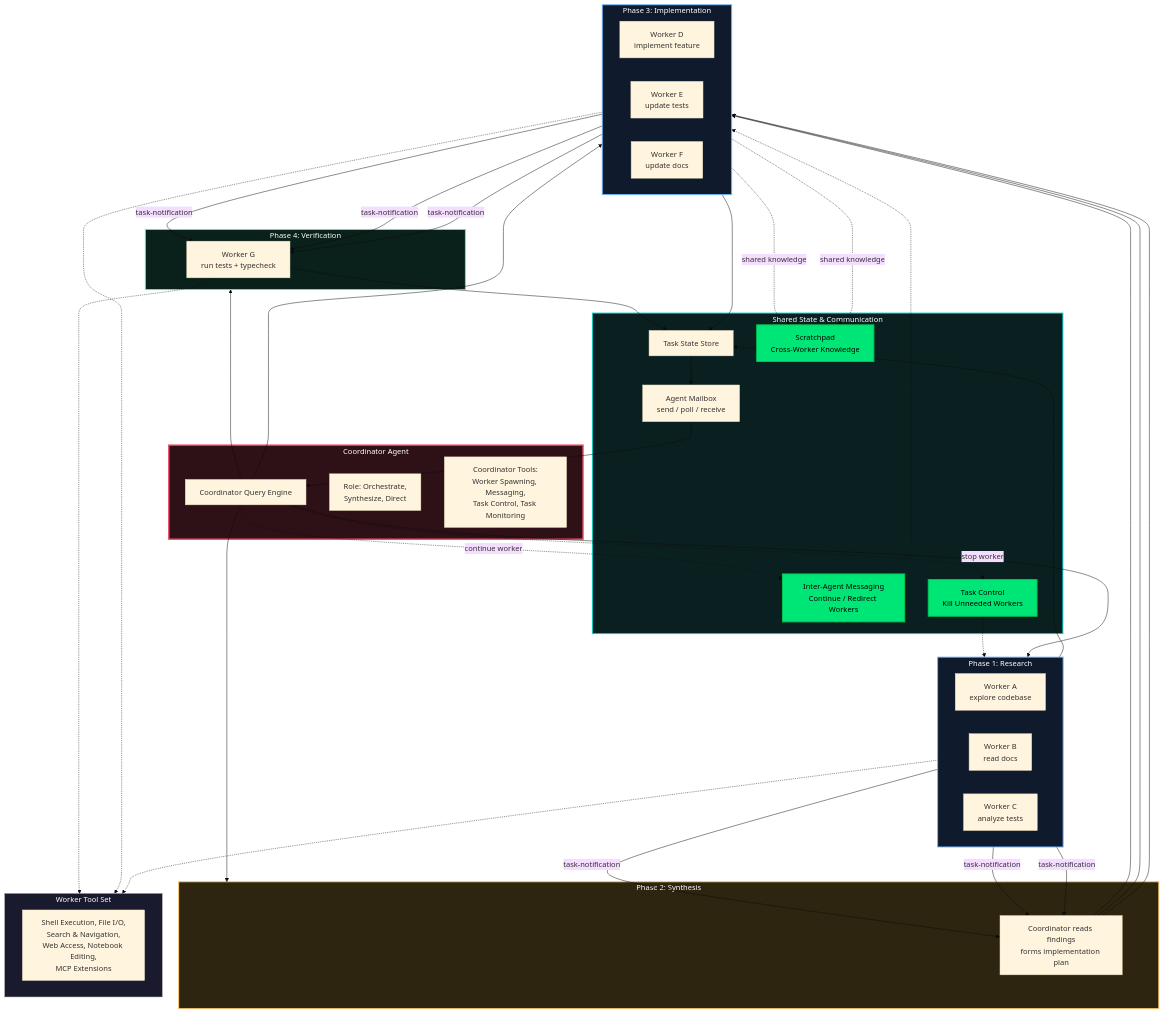
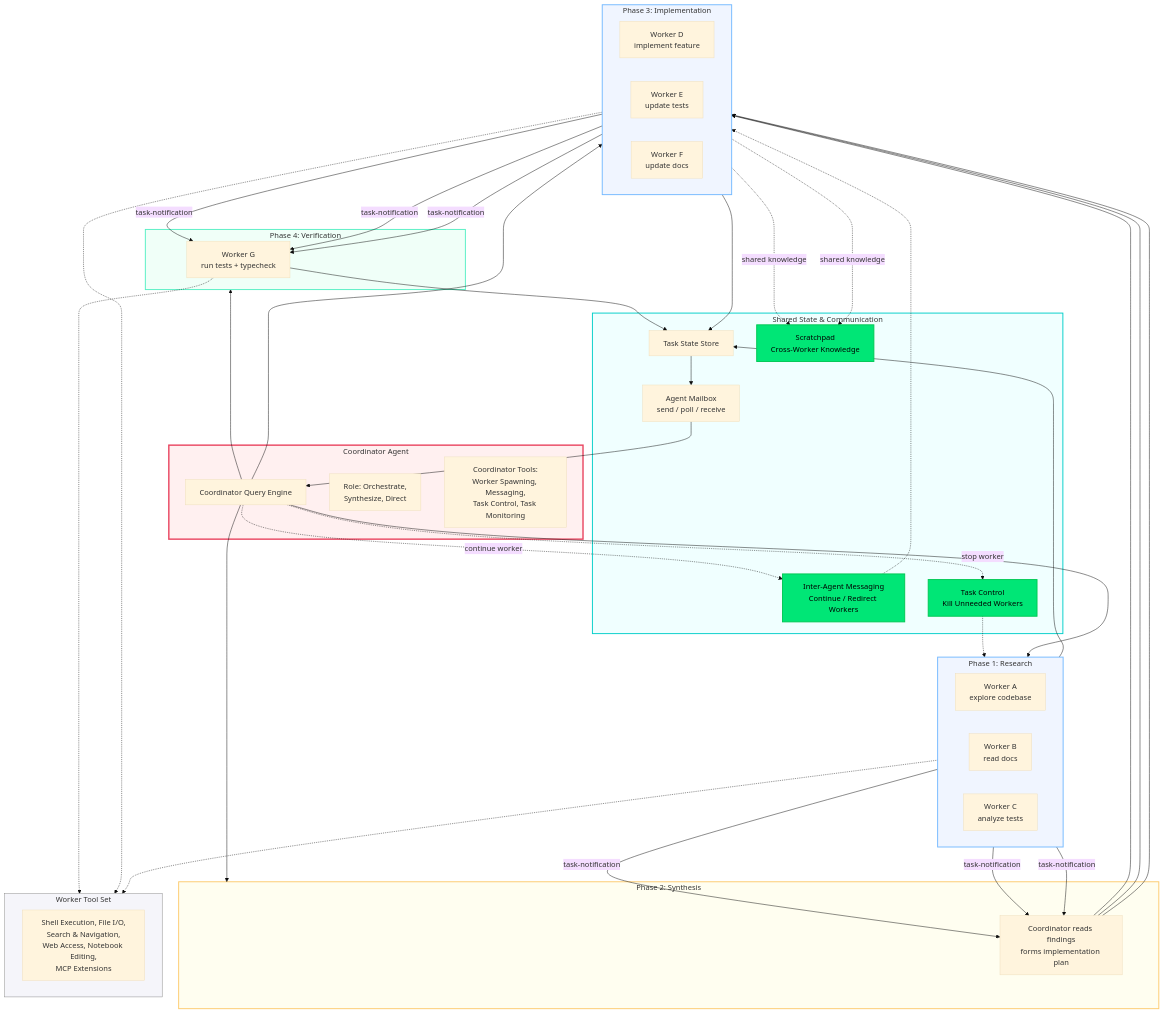
Before and after one commit to PavelValentov/multi-agent-architecture: the fourth of 14 diagrams in DIAGRAMS.md, drawn with Mermaid (base theme). The commit also changed other lines of this file, not shown here.

First line of the commit message:
Switch diagram backgrounds to light pastels for white theme compatibility

```diff
--- a/DIAGRAMS.md
+++ b/DIAGRAMS.md
@@ -436,13 +436,13 @@
     I1 -.->|"shared knowledge"| SCRATCH
     I2 -.->|"shared knowledge"| SCRATCH
 
-    style Coordinator fill:#2d1117,stroke:#e94560,stroke-width:3px,color:#fff
-    style PHASE1 fill:#101a2d,stroke:#74b9ff,stroke-width:2px,color:#fff
-    style PHASE2 fill:#2d2510,stroke:#fdcb6e,stroke-width:2px,color:#fff
-    style PHASE3 fill:#101a2d,stroke:#74b9ff,stroke-width:2px,color:#fff
-    style PHASE4 fill:#0a201a,stroke:#55efc4,stroke-width:2px,color:#fff
-    style WorkerToolset fill:#1a1a2e,stroke:#888,stroke-width:1px,color:#fff
-    style SharedState fill:#0a2020,stroke:#00cec9,stroke-width:2px,color:#fff
+    style Coordinator fill:#fff0f0,stroke:#e94560,stroke-width:3px,color:#333
+    style PHASE1 fill:#f0f5ff,stroke:#74b9ff,stroke-width:2px,color:#333
+    style PHASE2 fill:#fffef0,stroke:#fdcb6e,stroke-width:2px,color:#333
+    style PHASE3 fill:#f0f5ff,stroke:#74b9ff,stroke-width:2px,color:#333
+    style PHASE4 fill:#f0fff8,stroke:#55efc4,stroke-width:2px,color:#333
+    style WorkerToolset fill:#f5f5fa,stroke:#888,stroke-width:1px,color:#333
+    style SharedState fill:#f0ffff,stroke:#00cec9,stroke-width:2px,color:#333
     style SEND_MSG_NODE fill:#00e676,stroke:#00c853,stroke-width:2px,color:#000
     style TASK_STOP_NODE fill:#00e676,stroke:#00c853,stroke-width:2px,color:#000
     style SCRATCH fill:#00e676,stroke:#00c853,stroke-width:2px,color:#000
```
